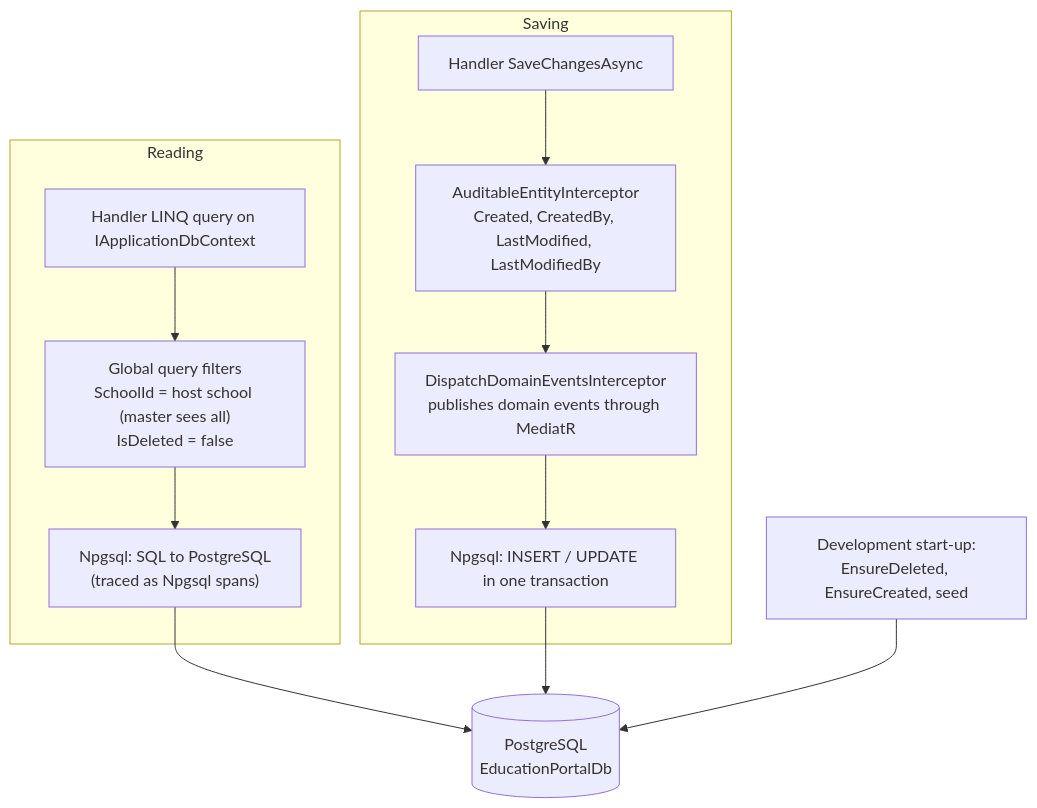
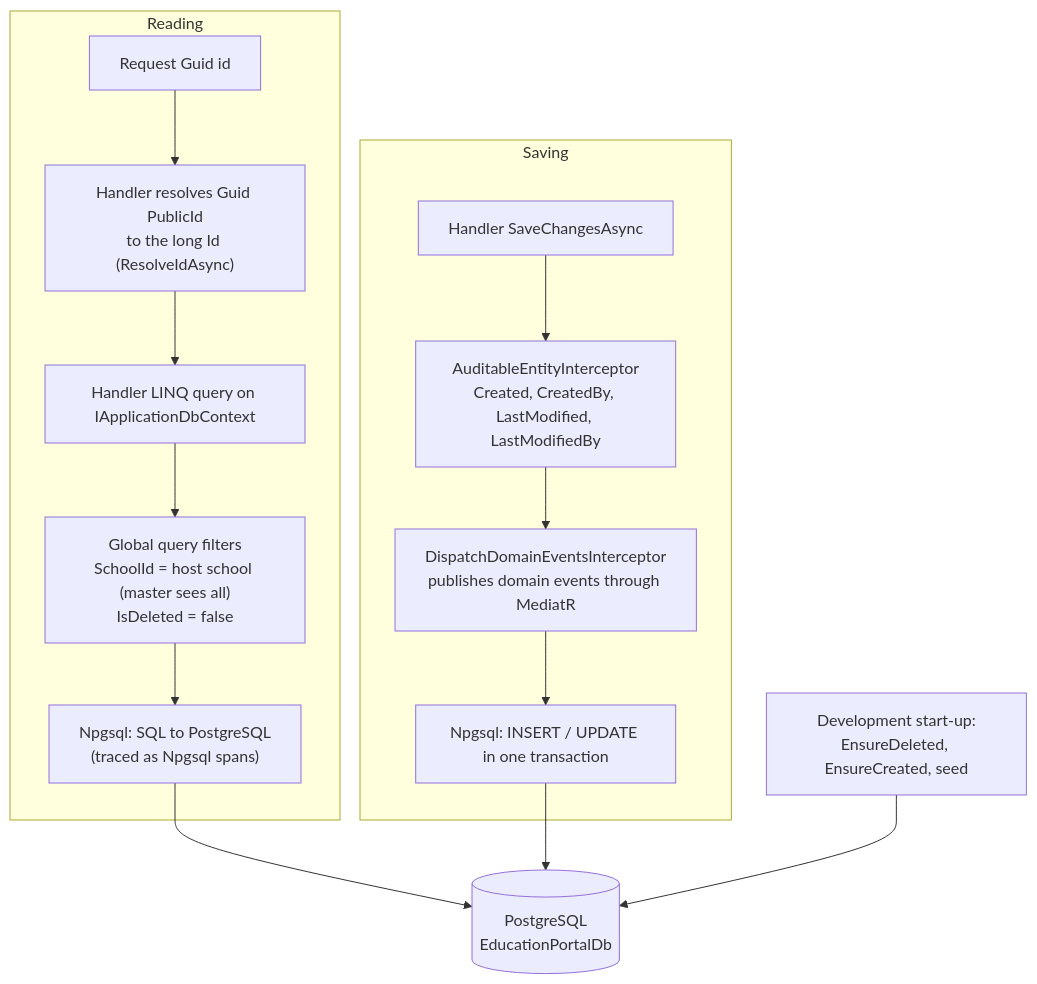
Before and after one commit to ahmedshahjr/Education-Portal: diagram 11 of 19 in README.md, drawn with Mermaid. The commit also changed other lines of this file and 84 other files, not shown here.

First line of the commit message:
Use long keys, Guid public ids and numeric enums

````diff
--- a/README.md
+++ b/README.md
@@ -520,15 +523,17 @@
 ```mermaid
 flowchart TB
     subgraph read["Reading"]
+        guid["Request Guid id"] --> resolve["Handler resolves Guid PublicId<br/>to the long Id (ResolveIdAsync)"]
+        resolve --> q
         q["Handler LINQ query on IApplicationDbContext"] --> filters["Global query filters<br/>SchoolId = host school (master sees all)<br/>IsDeleted = false"]
         filters --> npgsqlR["Npgsql: SQL to PostgreSQL<br/>(traced as Npgsql spans)"]
     end
     subgraph write["Saving"]
         s["Handler SaveChangesAsync"] --> audit["AuditableEntityInterceptor<br/>Created, CreatedBy, LastModified, LastModifiedBy"]
         audit --> events["DispatchDomainEventsInterceptor<br/>publishes domain events through MediatR"]
         events --> npgsqlW["Npgsql: INSERT / UPDATE in one transaction"]
     end
     npgsqlR --> pg[("PostgreSQL<br/>EducationPortalDb")]
     npgsqlW --> pg
     init["Development start-up:<br/>EnsureDeleted, EnsureCreated, seed"] --> pg
 ```
````
